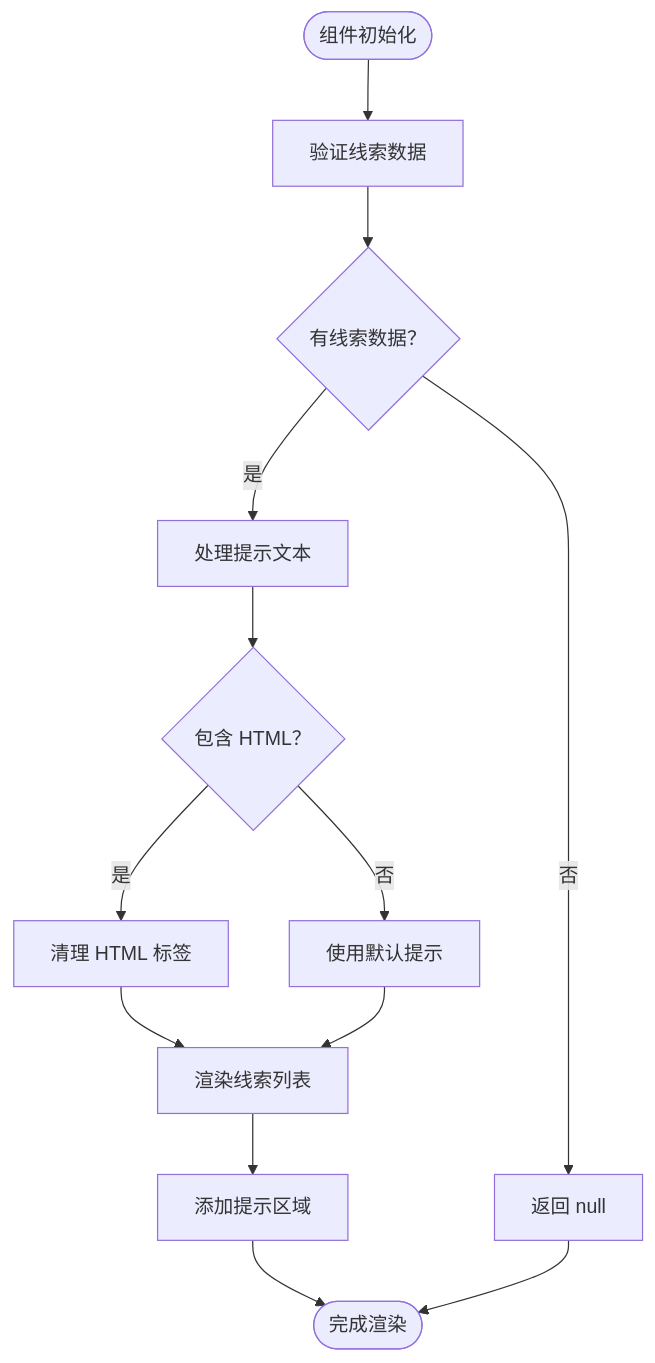
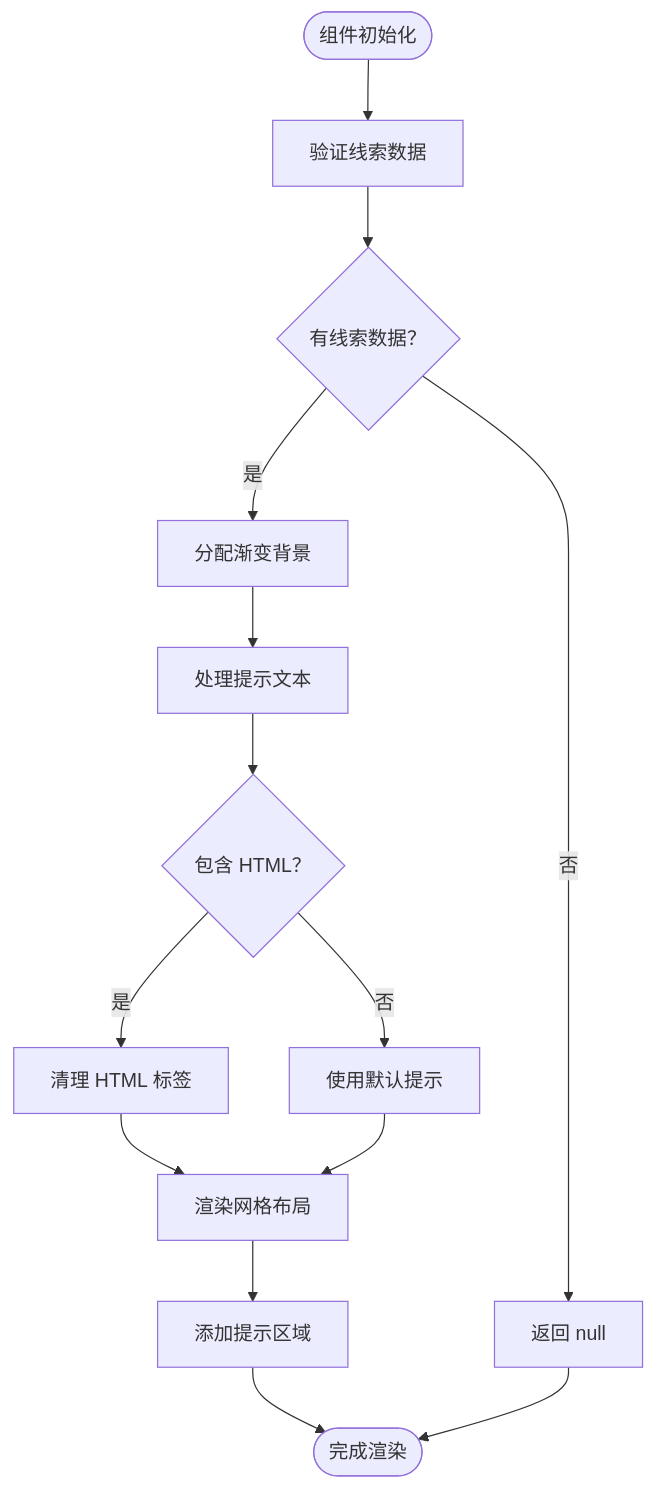
The fourth of 9 diagrams in .qoder/repowiki/zh/content/核心功能模块/游戏组件系统/CluesDisplay 线索显示组件.md (billychou/linkedin-answer), drawn with Mermaid before and after one commit. The commit also changed other lines of this file and 10 other files, not shown here.

````diff
--- a/.qoder/repowiki/zh/content/核心功能模块/游戏组件系统/CluesDisplay 线索显示组件.md
+++ b/.qoder/repowiki/zh/content/核心功能模块/游戏组件系统/CluesDisplay 线索显示组件.md
@@ -185,15 +193,16 @@
 ```mermaid
 flowchart TD
 Start([组件初始化]) --> Validate["验证线索数据"]
 Validate --> HasData{"有线索数据？"}
 HasData --> |否| ReturnNull["返回 null"]
-HasData --> |是| ProcessHint["处理提示文本"]
+HasData --> |是| AssignGradients["分配渐变背景"]
+AssignGradients --> ProcessHint["处理提示文本"]
 ProcessHint --> CheckHTML{"包含 HTML？"}
 CheckHTML --> |是| SanitizeHTML["清理 HTML 标签"]
 CheckHTML --> |否| UseDefault["使用默认提示"]
-SanitizeHTML --> RenderClues["渲染线索列表"]
-UseDefault --> RenderClues
-RenderClues --> AddHint["添加提示区域"]
+SanitizeHTML --> RenderGrid["渲染网格布局"]
+UseDefault --> RenderGrid
+RenderGrid --> AddHint["添加提示区域"]
 AddHint --> End([完成渲染])
 ReturnNull --> End
 ```
````
